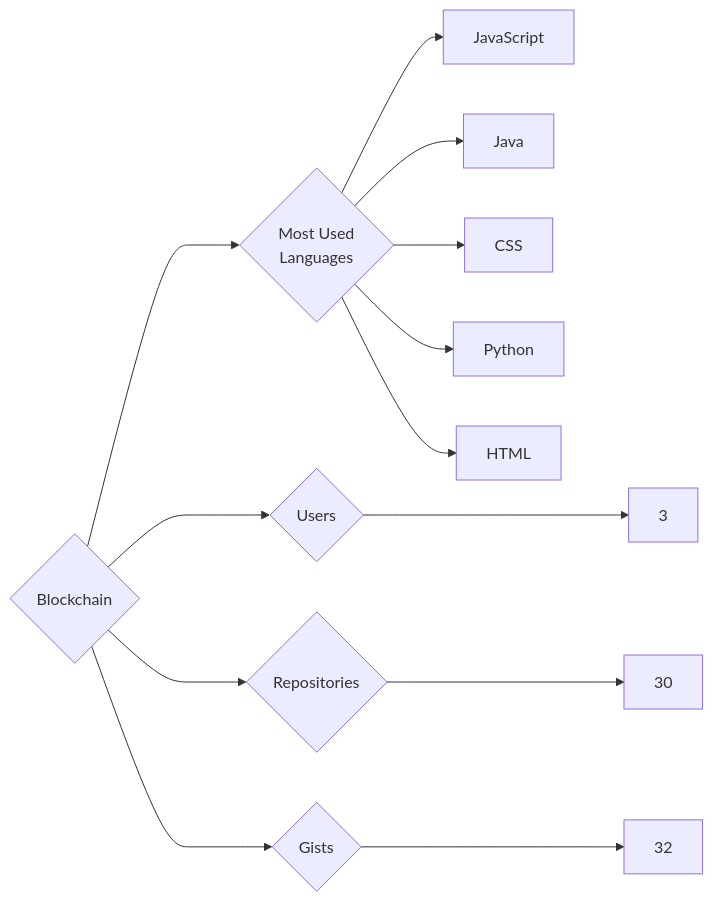
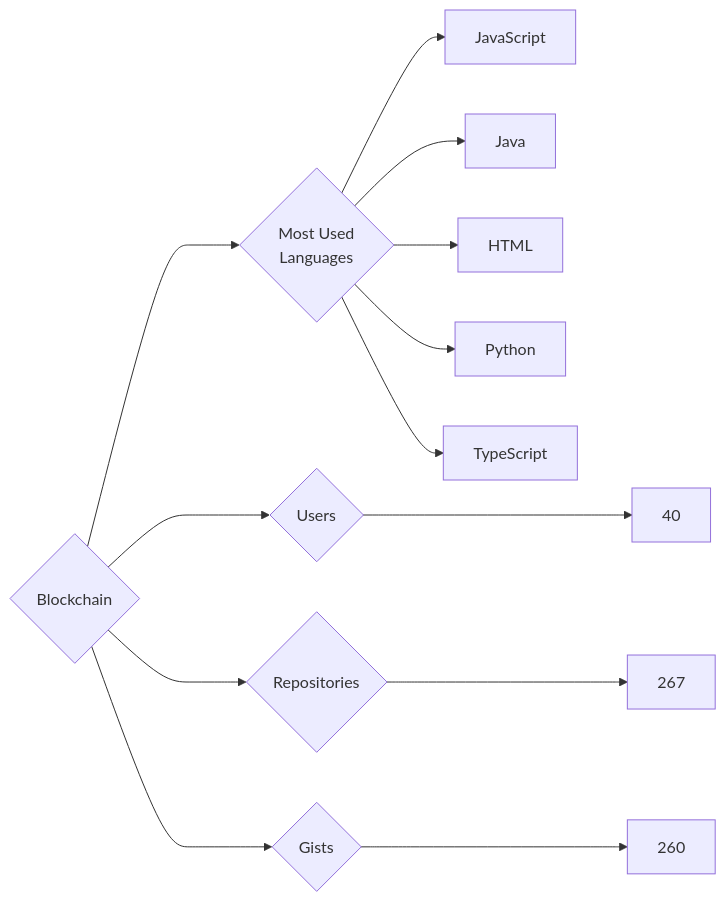
One commit to trickest/insiders changed the diagram in targets/Blockchain/README.md. Above: the diagram before and after it, drawn with Mermaid. The commit also changed 900 other files, not shown here.

````diff
--- a/targets/Blockchain/README.md
+++ b/targets/Blockchain/README.md
@@ -3,13 +3,13 @@
 ```mermaid
 graph LR
 COMPANY_NAME{Blockchain}
-COMPANY_NAME ---> U{Users} ---> UN[3]
-COMPANY_NAME ---> R{Repositories} ---> RN[30]
-COMPANY_NAME ---> G{Gists} ---> GN[32]
+COMPANY_NAME ---> U{Users} ---> UN[40]
+COMPANY_NAME ---> R{Repositories} ---> RN[267]
+COMPANY_NAME ---> G{Gists} ---> GN[260]
 COMPANY_NAME ---> ML{Most Used<br>Languages}
 ML --> JavaScript[JavaScript]
 ML --> Java[Java]
-ML --> CSS[CSS]
+ML --> HTML[HTML]
 ML --> Python[Python]
-ML --> HTML[HTML]
+ML --> TypeScript[TypeScript]
 ```
````
